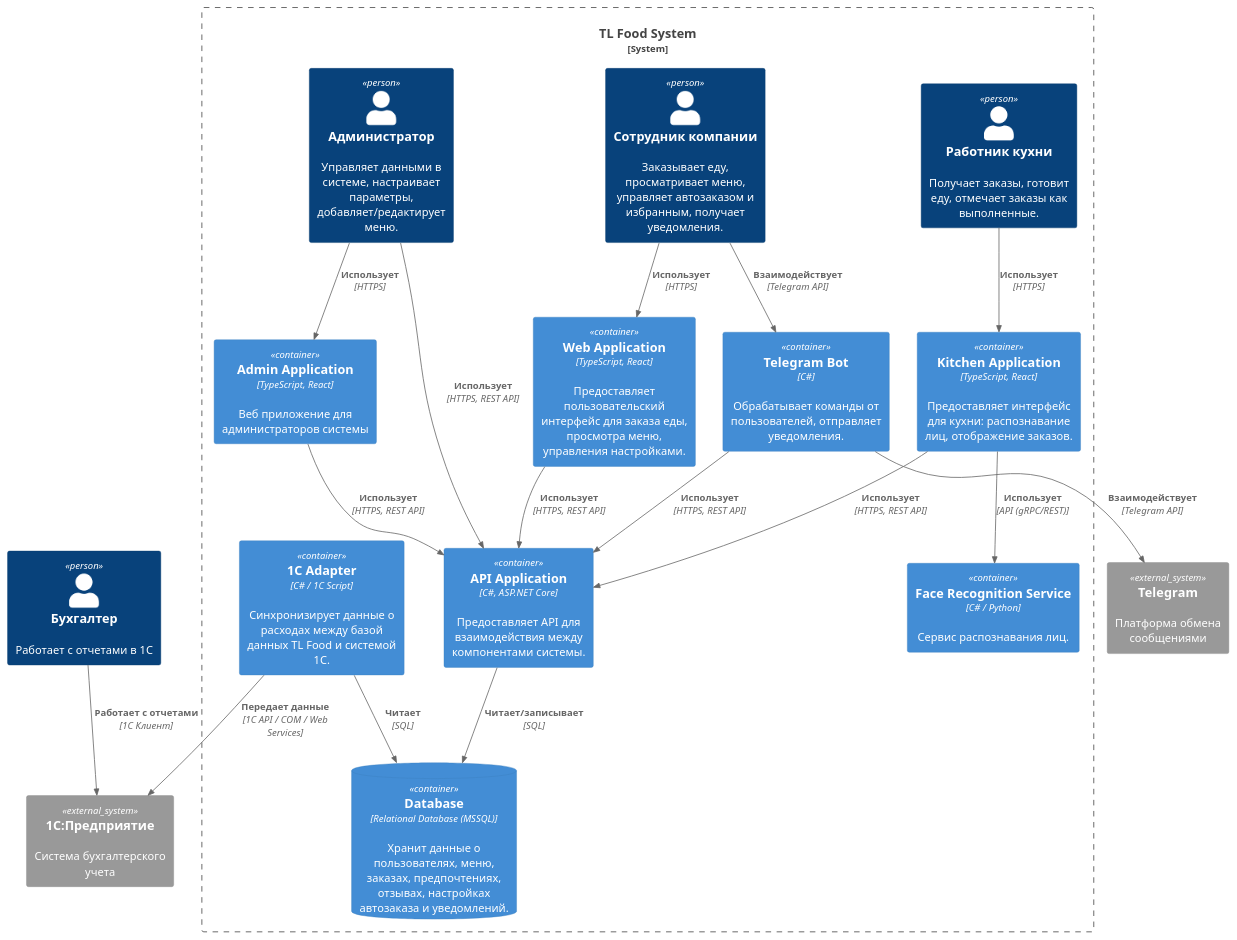
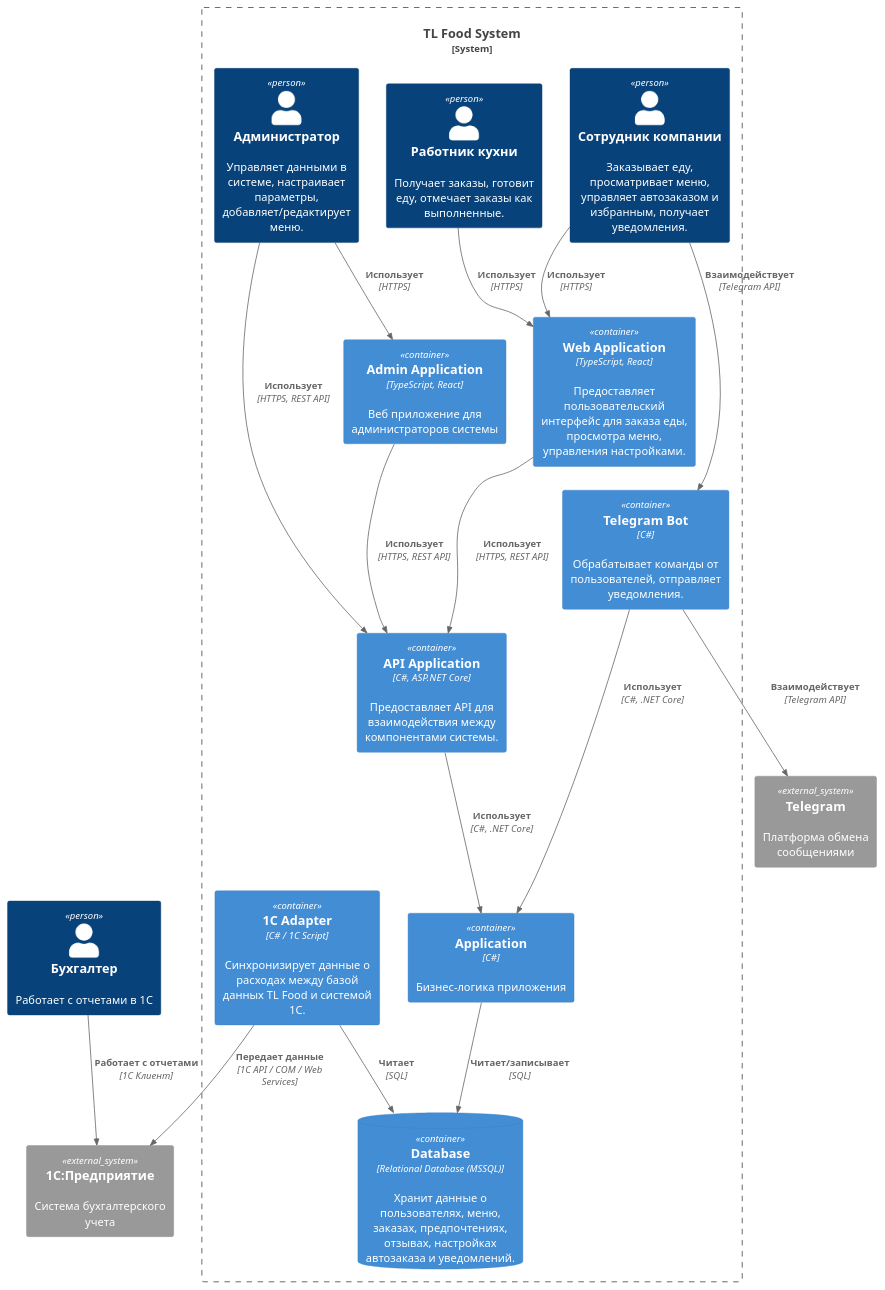
Before and after one commit to GornikMaria/SoftwareProjectManagement: the diagram in C4/Container C4.md, drawn with PlantUML. The commit also changed 12 other files, not shown here.

````diff
--- a/C4/Container C4.md
+++ b/C4/Container C4.md
@@ -3,49 +2,44 @@
 ```plantuml
 @startuml
 !include <c4/C4_Container>
 
 Person(accountant, "Бухгалтер", "Работает с отчетами в 1С")  
 System_Ext(one_c, "1С:Предприятие", "Система бухгалтерского учета")
 Rel(accountant, one_c, "Работает с отчетами", "1С Клиент")
 
 System_Boundary(c1, "TL Food System") {
     Person(user, "Сотрудник компании", "Заказывает еду, просматривает меню, управляет автозаказом и избранным, получает уведомления.")
     Person(cook, "Работник кухни", "Получает заказы, готовит еду, отмечает заказы как выполненные.")
     Person(admin, "Администратор", "Управляет данными в системе, настраивает параметры, добавляет/редактирует меню.")
 
     ContainerDb(database, "Database", "Relational Database (MSSQL)", "Хранит данные о пользователях, меню, заказах, предпочтениях, отзывах, настройках автозаказа и уведомлений.")
 
     Container(web_app, "Web Application", "TypeScript, React", "Предоставляет пользовательский интерфейс для заказа еды, просмотра меню, управления настройками.")
     Rel(user, web_app, "Использует", "HTTPS")
-
-    Container(kitchen_app, "Kitchen Application", "TypeScript, React", "Предоставляет интерфейс для кухни: распознавание лиц, отображение заказов.")
-    Rel(cook, kitchen_app, "Использует", "HTTPS")
+    Rel(cook, web_app, "Использует", "HTTPS")
 
     Container(tg_bot, "Telegram Bot", "C#", "Обрабатывает команды от пользователей, отправляет уведомления.")
     Rel(user, tg_bot, "Взаимодействует", "Telegram API")
-
+    
+    Container(app, "Application", "C#", "Бизнес-логика приложения")
+    Rel(tg_bot, app, "Использует", "C#, .NET Core")
+    Rel(app, database, "Читает/записывает", "SQL")
+    
     Container(api, "API Application", "C#, ASP.NET Core", "Предоставляет API для взаимодействия между компонентами системы.")
     Rel(web_app, api, "Использует", "HTTPS, REST API")
-    Rel(kitchen_app, api, "Использует", "HTTPS, REST API")
-    Rel(tg_bot, api, "Использует", "HTTPS, REST API")
+    Rel(api, app, "Использует", "C#, .NET Core")
     Rel(admin, api, "Использует", "HTTPS, REST API")
-
-    Rel(api, database, "Читает/записывает", "SQL")
-
-    Container(face_recognition, "Face Recognition Service", "C# / Python", "Сервис распознавания лиц.")
-    Rel(kitchen_app, face_recognition, "Использует", "API (gRPC/REST)")
 
     Container(adapter_1c, "1C Adapter", "C# / 1C Script", "Синхронизирует данные о расходах между базой данных TL Food и системой 1С.")
     Rel(adapter_1c, database, "Читает", "SQL")
     Rel(adapter_1c, one_c, "Передает данные", "1C API / COM / Web Services")
-
+    
     Container(admin_app, "Admin Application", "TypeScript, React", "Веб приложение для администраторов системы")
     Rel(admin, admin_app, "Использует", "HTTPS")
     Rel(admin_app, api, "Использует", "HTTPS, REST API")
 }
 
 System_Ext(telegram, "Telegram", "Платформа обмена сообщениями")
 Rel(tg_bot, telegram, "Взаимодействует", "Telegram API")
-
 @enduml
 ```
````
